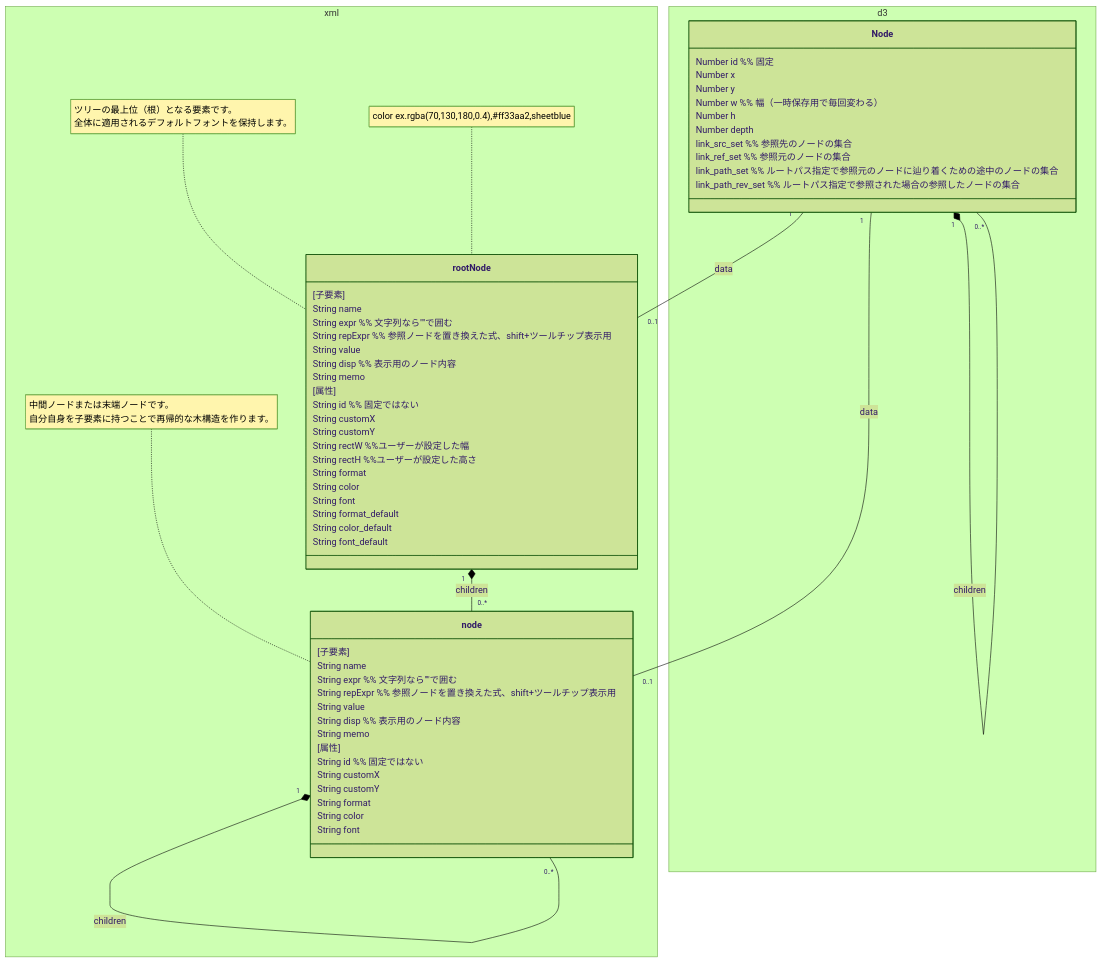
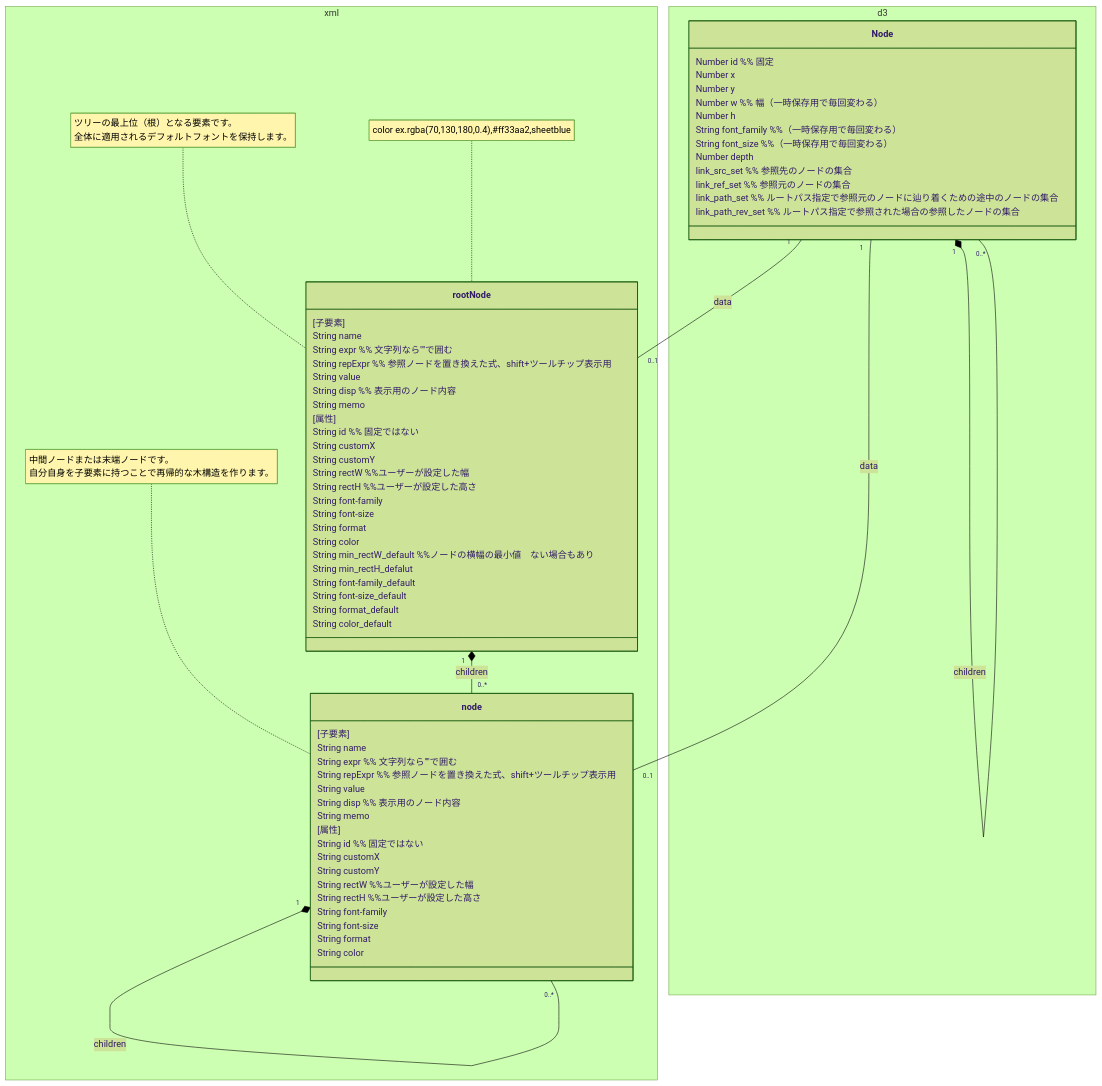
The diagram in leafree_ドキュメント.md (sue-tax/leafree), drawn with Mermaid (forest theme) before and after one commit. The commit also changed 3 other files, not shown here.

```diff
--- a/leafree_ドキュメント.md
+++ b/leafree_ドキュメント.md
@@ -235,14 +235,18 @@
 		String customY
 		String rectW	%%ユーザーが設定した幅
 		String rectH	%%ユーザーが設定した高さ
+		String font-family
+		String font-size
 		String format
 		String color
-		String font
 		
         %% 全てのノードに対するデフォルト値
+        String min_rectW_default	%%ノードの横幅の最小値　ない場合もあり
+        String min_rectH_defalut
+		String font-family_default
+		String font-size_default
         String format_default
         String color_default
-        String font_default	
         
 	}
 
@@ -256,14 +260,17 @@
 		
 		String memo
 		
-		
 		[属性]
 		String id	%% 固定ではない
 		String customX
 		String customY
+		String rectW	%%ユーザーが設定した幅
+		String rectH	%%ユーザーが設定した高さ
+		String font-family
+		String font-size
 		String format
 		String color
-		String font
+		
     }
     
     note for rootNode "ツリーの最上位（根）となる要素です。<br>全体に適用されるデフォルトフォントを保持します。"
@@ -279,6 +286,8 @@
 		Number y
 		Number w	%% 幅（一時保存用で毎回変わる）
         Number h
+        String font_family	%%（一時保存用で毎回変わる）
+        String font_size	%%（一時保存用で毎回変わる）
         Number depth
         
         link_src_set	%% 参照先のノードの集合
```
